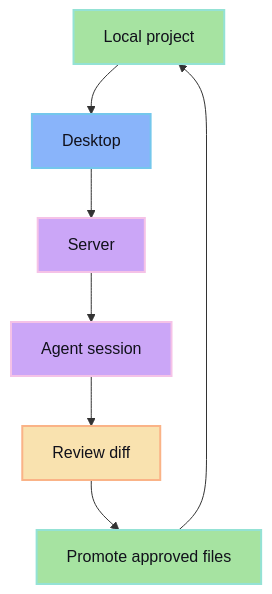
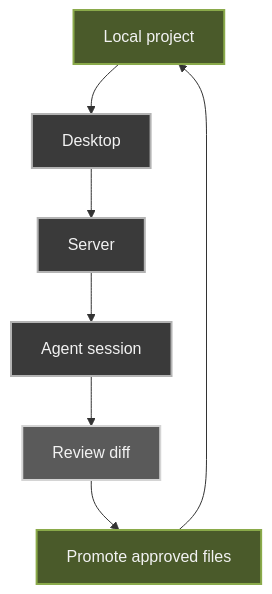
Before and after one commit to cloudboy-jh/glib-code-docs: the diagram in src/content/docs/surfaces/desktop.md, drawn with Mermaid. The commit also changed 15 other files, not shown here.

````diff
--- a/src/content/docs/surfaces/desktop.md
+++ b/src/content/docs/surfaces/desktop.md
@@ -14,19 +14,19 @@
 ```mermaid
 flowchart TD
   Local["Local project"] --> Desktop["Desktop"]
   Desktop --> Server["Server"]
   Server --> Session["Agent session"]
   Session --> Diff["Review diff"]
   Diff --> Promote["Promote approved files"]
   Promote --> Local
 
-  classDef local fill:#a6e3a1,stroke:#94e2d5,color:#11111b,stroke-width:2px
-  classDef app fill:#89b4fa,stroke:#74c7ec,color:#11111b,stroke-width:2px
-  classDef core fill:#cba6f7,stroke:#f5c2e7,color:#11111b,stroke-width:2px
-  classDef review fill:#f9e2af,stroke:#fab387,color:#11111b,stroke-width:2px
+  classDef local fill:#4a5a2a,stroke:#8aaa4a,color:#f2f2f2,stroke-width:2px
+  classDef app fill:#3a3a3a,stroke:#b3b3b3,color:#f2f2f2,stroke-width:2px
+  classDef core fill:#3a3a3a,stroke:#b3b3b3,color:#f2f2f2,stroke-width:2px
+  classDef review fill:#5a5a5a,stroke:#d4d4d4,color:#f2f2f2,stroke-width:2px
 
   class Local,Promote local
   class Desktop app
   class Server,Session core
   class Diff review
 ```
````
